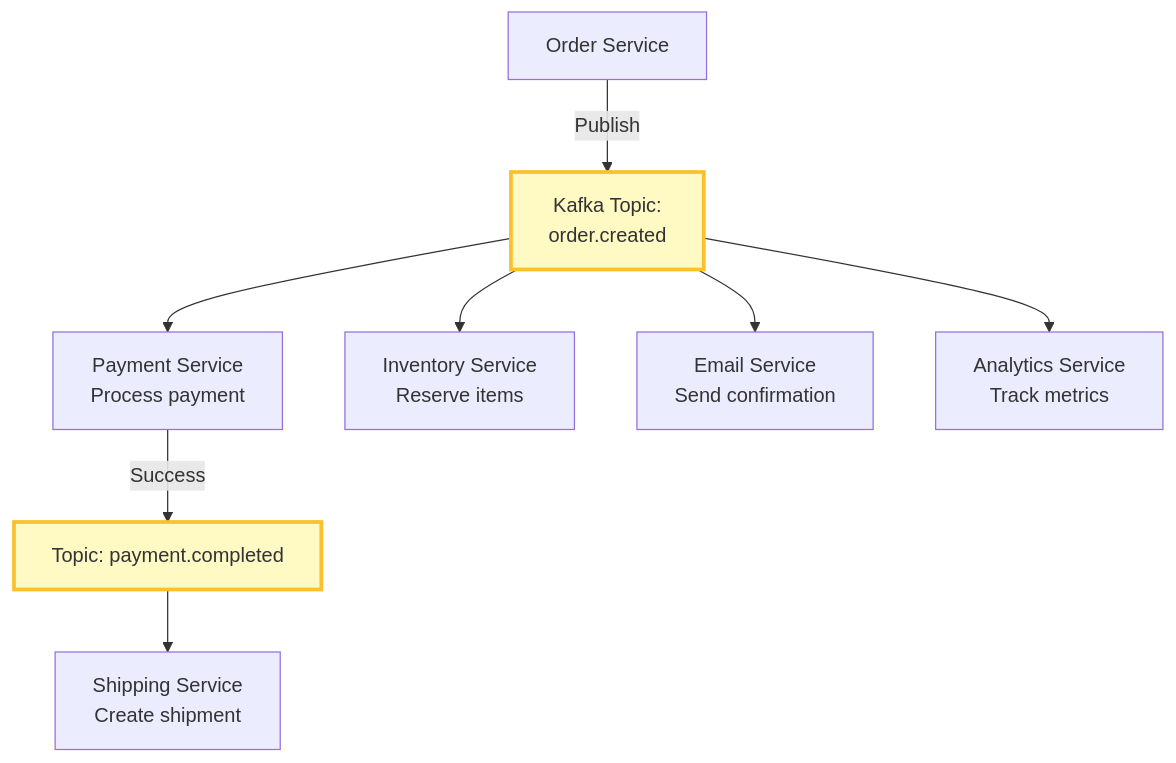
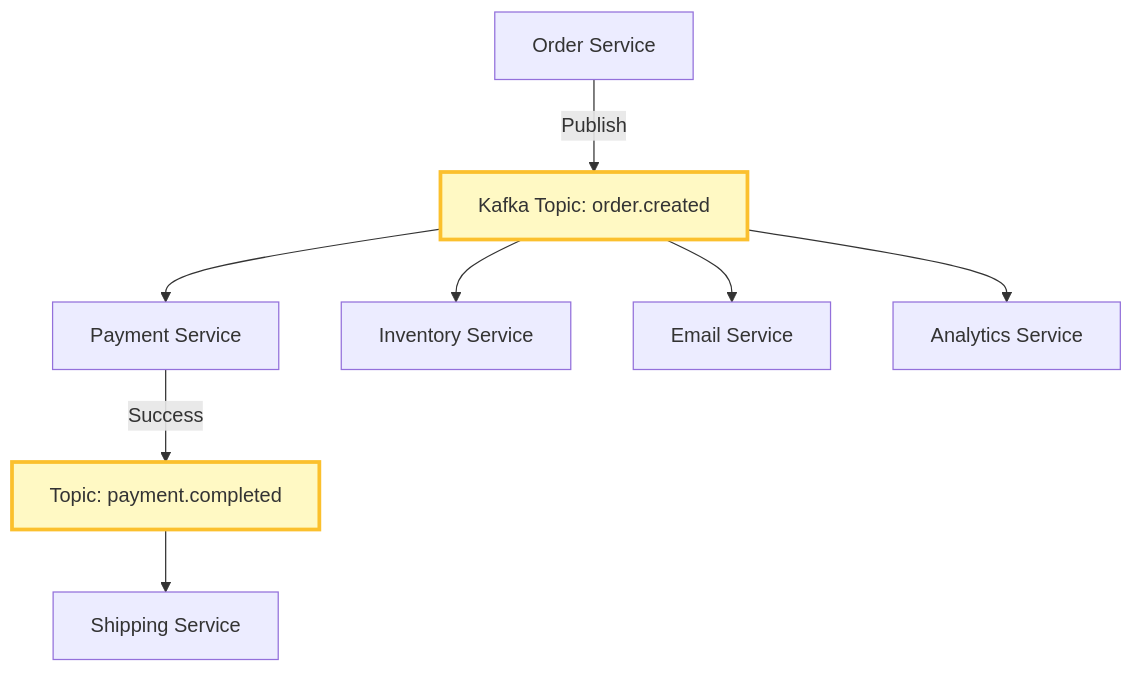
One commit to p1kmr/for-reading changed the tenth of 11 diagrams in HLD/foundation/04_message-queues.md. Above: the diagram before and after it, drawn with Mermaid. The commit also changed other lines of this file and 2 other files, not shown here.

Commit message:
Fix Mermaid rendering issues in Databases and Message Queues guides by simplifying complex diagrams

````diff
--- a/HLD/foundation/04_message-queues.md
+++ b/HLD/foundation/04_message-queues.md
@@ -388,24 +374,24 @@
 ```mermaid
 graph TB
     Order[Order Service]
 
-    Queue[Kafka Topic:<br/>order.created]
+    Queue[Kafka Topic: order.created]
 
-    Payment[Payment Service<br/>Process payment]
-    Inventory[Inventory Service<br/>Reserve items]
-    Email[Email Service<br/>Send confirmation]
-    Analytics[Analytics Service<br/>Track metrics]
+    Payment[Payment Service]
+    Inventory[Inventory Service]
+    Email[Email Service]
+    Analytics[Analytics Service]
 
     Order -->|Publish| Queue
 
     Queue --> Payment
     Queue --> Inventory
     Queue --> Email
     Queue --> Analytics
 
     Payment -->|Success| Queue2[Topic: payment.completed]
-    Queue2 --> Shipping[Shipping Service<br/>Create shipment]
+    Queue2 --> Shipping[Shipping Service]
 
     style Queue fill:#fff9c4,stroke:#fbc02d,stroke-width:3px
     style Queue2 fill:#fff9c4,stroke:#fbc02d,stroke-width:3px
 ```
````
